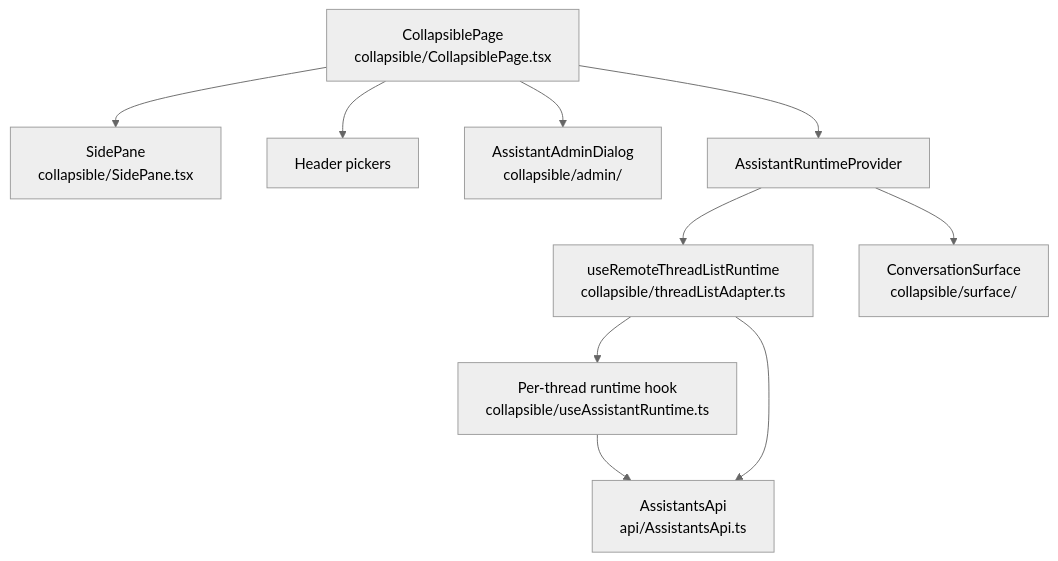
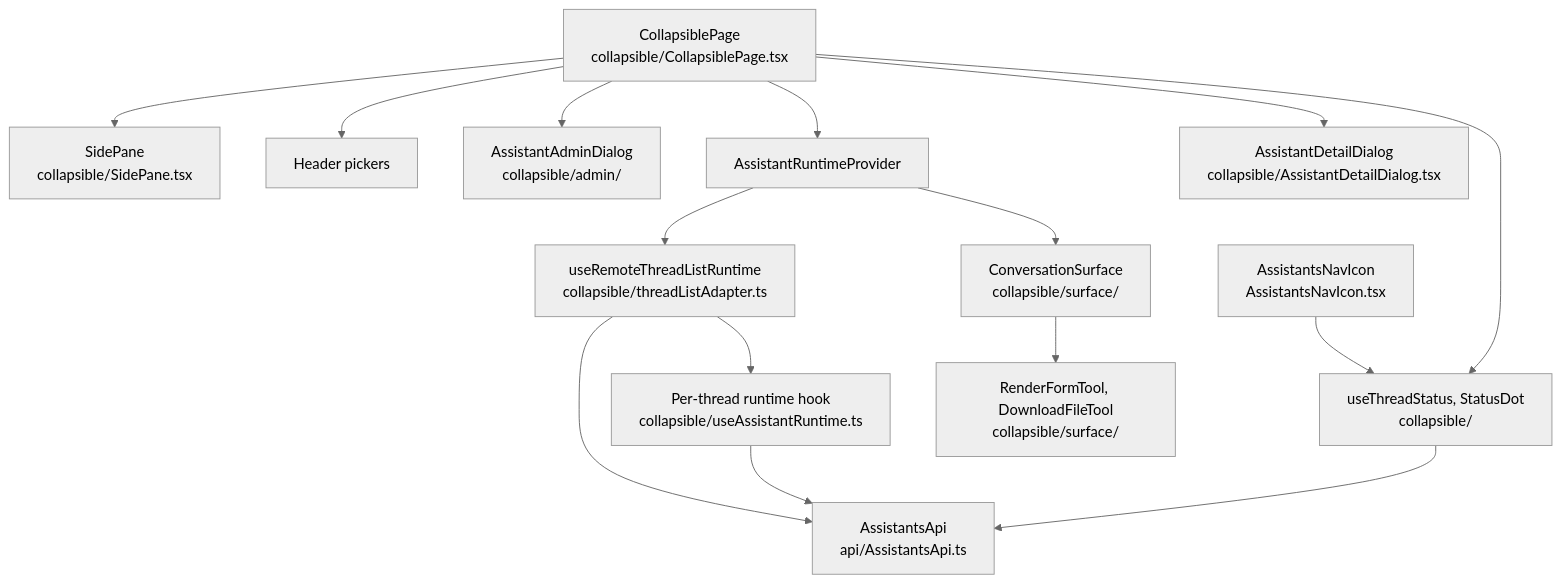
One commit to drewswiredin/backstage-assistants changed the fifth of 6 diagrams in docs/architecture.md. Above: the diagram before and after it, drawn with Mermaid (neutral theme). The commit also changed other lines of this file and 25 other files, not shown here.

````diff
--- a/docs/architecture.md
+++ b/docs/architecture.md
@@ -289,21 +293,30 @@
 ```mermaid
 flowchart TB
   CP["CollapsiblePage\ncollapsible/CollapsiblePage.tsx"]
   SP["SidePane\ncollapsible/SidePane.tsx"]
   HP["Header pickers"]
   AD["AssistantAdminDialog\ncollapsible/admin/"]
   RP["AssistantRuntimeProvider"]
   RL["useRemoteThreadListRuntime\ncollapsible/threadListAdapter.ts"]
   RH["Per-thread runtime hook\ncollapsible/useAssistantRuntime.ts"]
   CS["ConversationSurface\ncollapsible/surface/"]
   API["AssistantsApi\napi/AssistantsApi.ts"]
+  DD["AssistantDetailDialog\ncollapsible/AssistantDetailDialog.tsx"]
+  TS["useThreadStatus, StatusDot\ncollapsible/"]
+  CT["RenderFormTool, DownloadFileTool\ncollapsible/surface/"]
+  NI["AssistantsNavIcon\nAssistantsNavIcon.tsx"]
   CP --> SP
+  CP --> DD
+  CP --> TS
+  NI --> TS
+  CS --> CT
+  TS --> API
   CP --> HP
   CP --> AD
   CP --> RP
   RP --> RL
   RL --> RH
   RP --> CS
   RH --> API
   RL --> API
 ```
````
